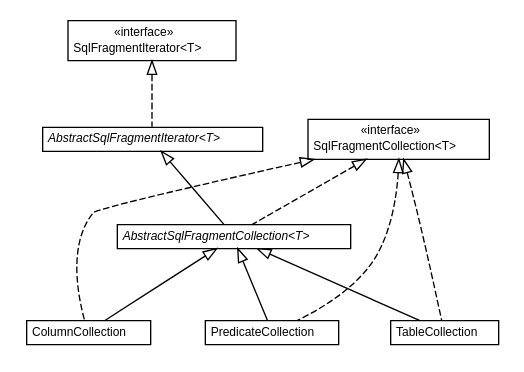
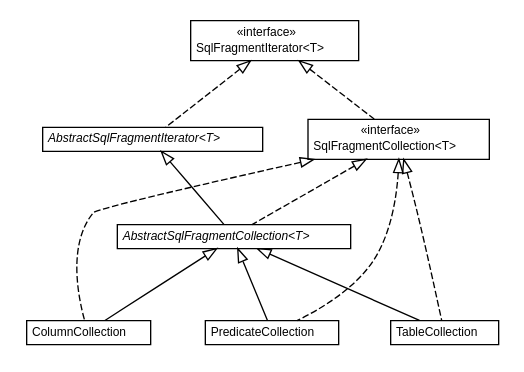
Before and after one commit to willmorejg/net.ljcomputing.sql: the diagram in docs/javadoc/apidocs/net/ljcomputing/sql/collection/net.ljcomputing.sql.collection.dot, drawn with Graphviz. The commit also changed 504 other files, not shown here.

```diff
--- a/docs/javadoc/apidocs/net/ljcomputing/sql/collection/net.ljcomputing.sql.collection.dot
+++ b/docs/javadoc/apidocs/net/ljcomputing/sql/collection/net.ljcomputing.sql.collection.dot
@@ -1,74 +1,76 @@
 #!/usr/local/bin/dot
 #
 # Class diagram 
 # Generated by UMLGraph version R5_6 (http://www.umlgraph.org/)
 #
 
 digraph G {
 	edge [fontname="Helvetica",fontsize=10,labelfontname="Helvetica",labelfontsize=10];
 	node [fontname="Helvetica",fontsize=10,shape=plaintext];
 	nodesep=0.25;
 	ranksep=0.5;
 	// net.ljcomputing.sql.collection.AbstractSqlFragmentCollection<T>
-	c66 [label=<<table title="net.ljcomputing.sql.collection.AbstractSqlFragmentCollection" border="0" cellborder="1" cellspacing="0" cellpadding="2" port="p" href="./AbstractSqlFragmentCollection.html">
+	c61 [label=<<table title="net.ljcomputing.sql.collection.AbstractSqlFragmentCollection" border="0" cellborder="1" cellspacing="0" cellpadding="2" port="p" href="./AbstractSqlFragmentCollection.html">
 		<tr><td><table border="0" cellspacing="0" cellpadding="1">
 <tr><td align="center" balign="center"><font face="Helvetica-Oblique"> AbstractSqlFragmentCollection&lt;T&gt; </font></td></tr>
 		</table></td></tr>
 		</table>>, URL="./AbstractSqlFragmentCollection.html", fontname="Helvetica", fontcolor="black", fontsize=9.0];
 	// net.ljcomputing.sql.collection.SqlFragmentIterator<T>
-	c67 [label=<<table title="net.ljcomputing.sql.collection.SqlFragmentIterator" border="0" cellborder="1" cellspacing="0" cellpadding="2" port="p" href="./SqlFragmentIterator.html">
+	c62 [label=<<table title="net.ljcomputing.sql.collection.SqlFragmentIterator" border="0" cellborder="1" cellspacing="0" cellpadding="2" port="p" href="./SqlFragmentIterator.html">
 		<tr><td><table border="0" cellspacing="0" cellpadding="1">
 <tr><td align="center" balign="center"> &#171;interface&#187; </td></tr>
 <tr><td align="center" balign="center"> SqlFragmentIterator&lt;T&gt; </td></tr>
 		</table></td></tr>
 		</table>>, URL="./SqlFragmentIterator.html", fontname="Helvetica", fontcolor="black", fontsize=9.0];
 	// net.ljcomputing.sql.collection.AbstractSqlFragmentIterator<T>
-	c68 [label=<<table title="net.ljcomputing.sql.collection.AbstractSqlFragmentIterator" border="0" cellborder="1" cellspacing="0" cellpadding="2" port="p" href="./AbstractSqlFragmentIterator.html">
+	c63 [label=<<table title="net.ljcomputing.sql.collection.AbstractSqlFragmentIterator" border="0" cellborder="1" cellspacing="0" cellpadding="2" port="p" href="./AbstractSqlFragmentIterator.html">
 		<tr><td><table border="0" cellspacing="0" cellpadding="1">
 <tr><td align="center" balign="center"><font face="Helvetica-Oblique"> AbstractSqlFragmentIterator&lt;T&gt; </font></td></tr>
 		</table></td></tr>
 		</table>>, URL="./AbstractSqlFragmentIterator.html", fontname="Helvetica", fontcolor="black", fontsize=9.0];
 	// net.ljcomputing.sql.collection.SqlFragmentCollection<T>
-	c69 [label=<<table title="net.ljcomputing.sql.collection.SqlFragmentCollection" border="0" cellborder="1" cellspacing="0" cellpadding="2" port="p" href="./SqlFragmentCollection.html">
+	c64 [label=<<table title="net.ljcomputing.sql.collection.SqlFragmentCollection" border="0" cellborder="1" cellspacing="0" cellpadding="2" port="p" href="./SqlFragmentCollection.html">
 		<tr><td><table border="0" cellspacing="0" cellpadding="1">
 <tr><td align="center" balign="center"> &#171;interface&#187; </td></tr>
 <tr><td align="center" balign="center"> SqlFragmentCollection&lt;T&gt; </td></tr>
 		</table></td></tr>
 		</table>>, URL="./SqlFragmentCollection.html", fontname="Helvetica", fontcolor="black", fontsize=9.0];
 	// net.ljcomputing.sql.collection.ColumnCollection
-	c70 [label=<<table title="net.ljcomputing.sql.collection.ColumnCollection" border="0" cellborder="1" cellspacing="0" cellpadding="2" port="p" href="./ColumnCollection.html">
+	c65 [label=<<table title="net.ljcomputing.sql.collection.ColumnCollection" border="0" cellborder="1" cellspacing="0" cellpadding="2" port="p" href="./ColumnCollection.html">
 		<tr><td><table border="0" cellspacing="0" cellpadding="1">
 <tr><td align="center" balign="center"> ColumnCollection </td></tr>
 		</table></td></tr>
 		</table>>, URL="./ColumnCollection.html", fontname="Helvetica", fontcolor="black", fontsize=9.0];
 	// net.ljcomputing.sql.collection.PredicateCollection
-	c71 [label=<<table title="net.ljcomputing.sql.collection.PredicateCollection" border="0" cellborder="1" cellspacing="0" cellpadding="2" port="p" href="./PredicateCollection.html">
+	c66 [label=<<table title="net.ljcomputing.sql.collection.PredicateCollection" border="0" cellborder="1" cellspacing="0" cellpadding="2" port="p" href="./PredicateCollection.html">
 		<tr><td><table border="0" cellspacing="0" cellpadding="1">
 <tr><td align="center" balign="center"> PredicateCollection </td></tr>
 		</table></td></tr>
 		</table>>, URL="./PredicateCollection.html", fontname="Helvetica", fontcolor="black", fontsize=9.0];
 	// net.ljcomputing.sql.collection.TableCollection
-	c72 [label=<<table title="net.ljcomputing.sql.collection.TableCollection" border="0" cellborder="1" cellspacing="0" cellpadding="2" port="p" href="./TableCollection.html">
+	c67 [label=<<table title="net.ljcomputing.sql.collection.TableCollection" border="0" cellborder="1" cellspacing="0" cellpadding="2" port="p" href="./TableCollection.html">
 		<tr><td><table border="0" cellspacing="0" cellpadding="1">
 <tr><td align="center" balign="center"> TableCollection </td></tr>
 		</table></td></tr>
 		</table>>, URL="./TableCollection.html", fontname="Helvetica", fontcolor="black", fontsize=9.0];
 	//net.ljcomputing.sql.collection.AbstractSqlFragmentCollection<T> extends net.ljcomputing.sql.collection.AbstractSqlFragmentIterator<T>
-	c68:p -> c66:p [dir=back,arrowtail=empty];
+	c63:p -> c61:p [dir=back,arrowtail=empty];
 	//net.ljcomputing.sql.collection.AbstractSqlFragmentCollection<T> implements net.ljcomputing.sql.collection.SqlFragmentCollection<T>
-	c69:p -> c66:p [dir=back,arrowtail=empty,style=dashed];
+	c64:p -> c61:p [dir=back,arrowtail=empty,style=dashed];
 	//net.ljcomputing.sql.collection.AbstractSqlFragmentIterator<T> implements net.ljcomputing.sql.collection.SqlFragmentIterator<T>
-	c67:p -> c68:p [dir=back,arrowtail=empty,style=dashed];
-	//net.ljcomputing.sql.collection.ColumnCollection extends net.ljcomputing.sql.collection.AbstractSqlFragmentCollection<net.ljcomputing.sql.identifier.column.Column>
-	c66:p -> c70:p [dir=back,arrowtail=empty];
+	c62:p -> c63:p [dir=back,arrowtail=empty,style=dashed];
+	//net.ljcomputing.sql.collection.SqlFragmentCollection<T> implements net.ljcomputing.sql.collection.SqlFragmentIterator<T>
+	c62:p -> c64:p [dir=back,arrowtail=empty,style=dashed];
+	//net.ljcomputing.sql.collection.ColumnCollection extends net.ljcomputing.sql.collection.AbstractSqlFragmentCollection<net.ljcomputing.sql.identifier.column.ColumnIdentifier>
+	c61:p -> c65:p [dir=back,arrowtail=empty];
 	//net.ljcomputing.sql.collection.ColumnCollection implements net.ljcomputing.sql.collection.SqlFragmentCollection<T>
-	c69:p -> c70:p [dir=back,arrowtail=empty,style=dashed];
+	c64:p -> c65:p [dir=back,arrowtail=empty,style=dashed];
 	//net.ljcomputing.sql.collection.PredicateCollection extends net.ljcomputing.sql.collection.AbstractSqlFragmentCollection<net.ljcomputing.sql.clause.Predicate>
-	c66:p -> c71:p [dir=back,arrowtail=empty];
+	c61:p -> c66:p [dir=back,arrowtail=empty];
 	//net.ljcomputing.sql.collection.PredicateCollection implements net.ljcomputing.sql.collection.SqlFragmentCollection<T>
-	c69:p -> c71:p [dir=back,arrowtail=empty,style=dashed];
-	//net.ljcomputing.sql.collection.TableCollection extends net.ljcomputing.sql.collection.AbstractSqlFragmentCollection<net.ljcomputing.sql.identifier.table.Table>
-	c66:p -> c72:p [dir=back,arrowtail=empty];
+	c64:p -> c66:p [dir=back,arrowtail=empty,style=dashed];
+	//net.ljcomputing.sql.collection.TableCollection extends net.ljcomputing.sql.collection.AbstractSqlFragmentCollection<net.ljcomputing.sql.identifier.table.TableIdentifier>
+	c61:p -> c67:p [dir=back,arrowtail=empty];
 	//net.ljcomputing.sql.collection.TableCollection implements net.ljcomputing.sql.collection.SqlFragmentCollection<T>
-	c69:p -> c72:p [dir=back,arrowtail=empty,style=dashed];
+	c64:p -> c67:p [dir=back,arrowtail=empty,style=dashed];
 }
```
